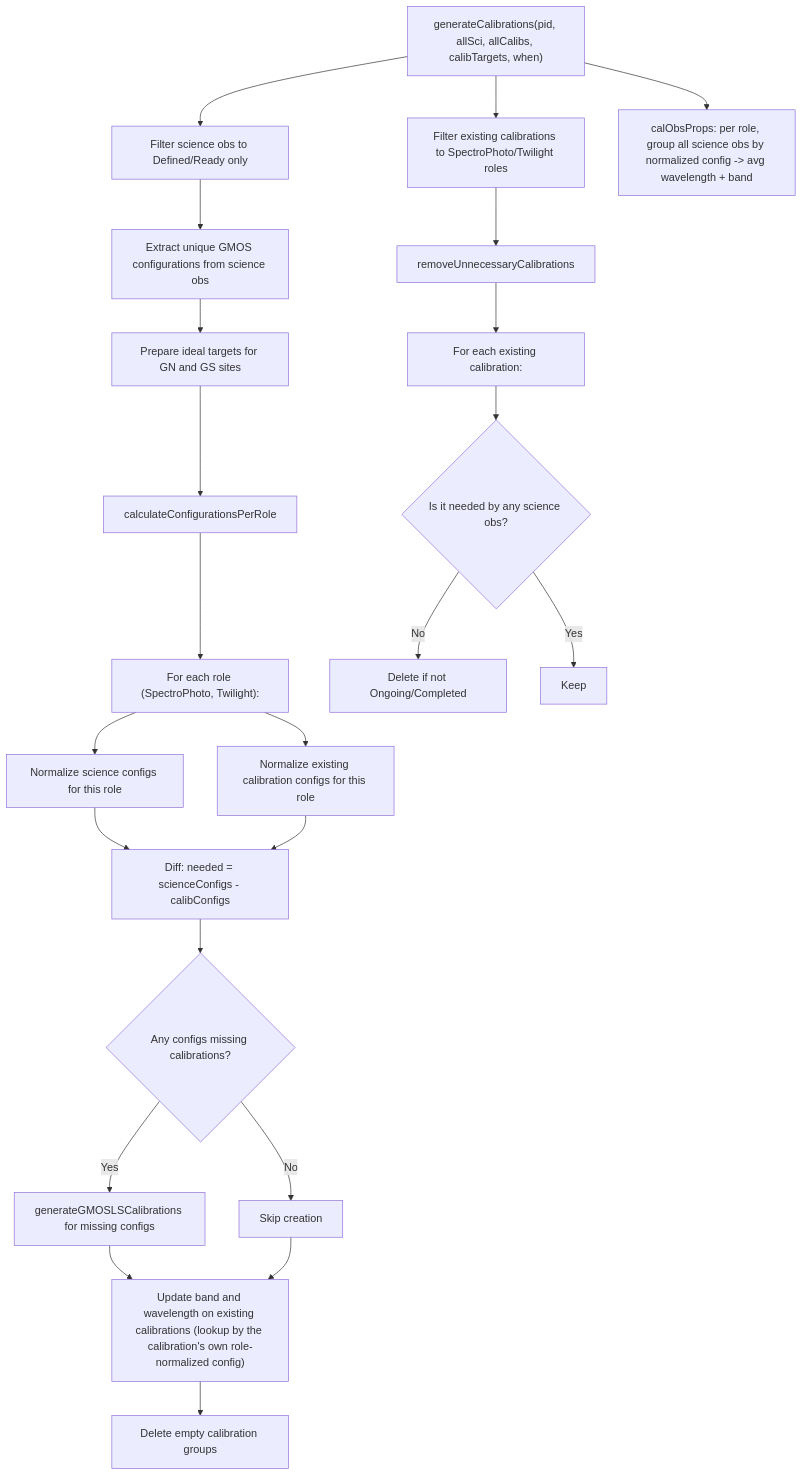
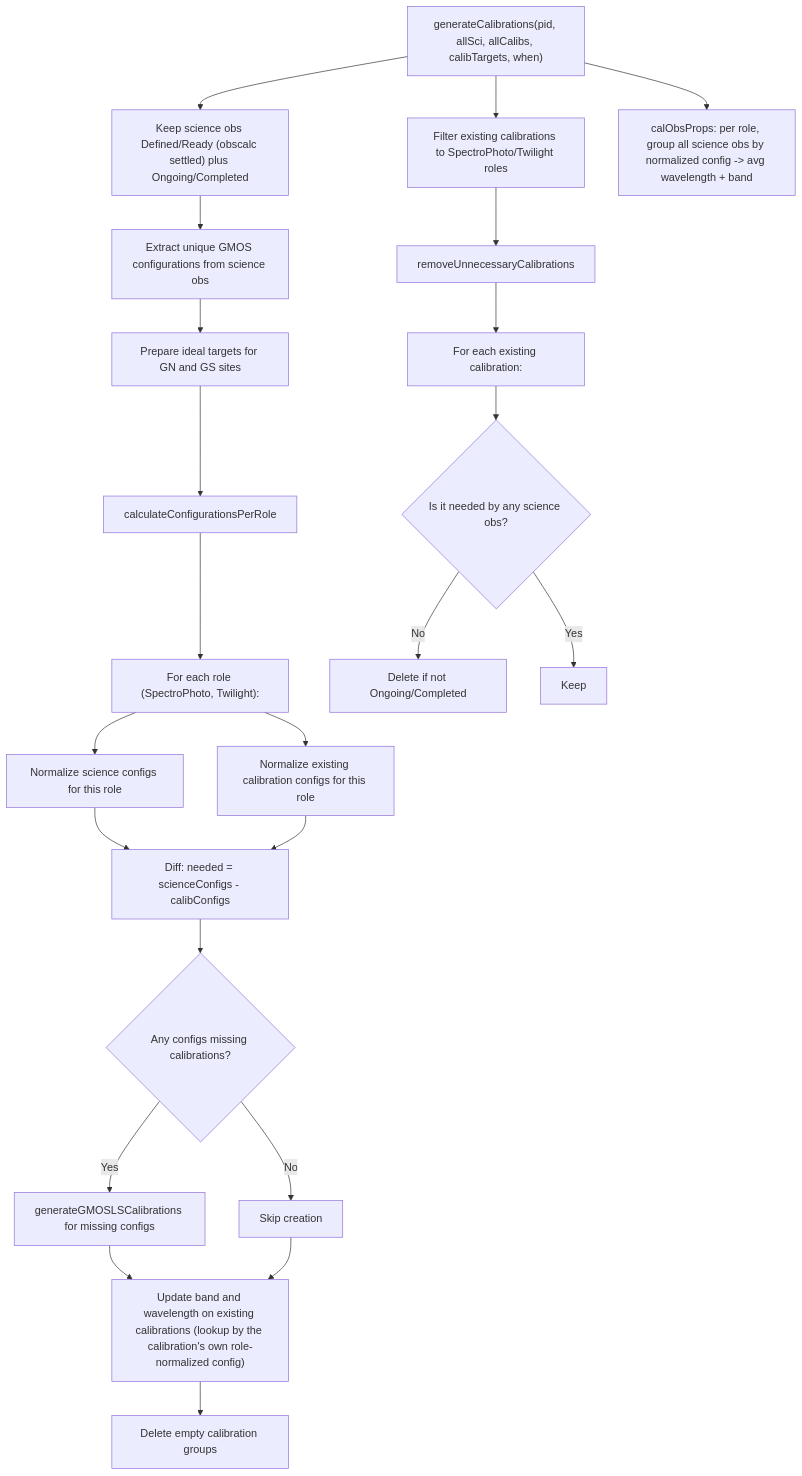
One commit to gemini-hlsw/lucuma-odb changed the sixth of 10 diagrams in modules/calibrations/calibration-generation-flow.md. Above: the diagram before and after it, drawn with Mermaid. The commit also changed other lines of this file and 3 other files, not shown here.

Commit message:
Include ongoing and completed science obs in GMOS calibration calculation

````diff
--- a/modules/calibrations/calibration-generation-flow.md
+++ b/modules/calibrations/calibration-generation-flow.md
@@ -239,30 +239,30 @@
 ```mermaid
 flowchart TD
     A["generateCalibrations(pid, allSci, allCalibs, calibTargets, when)"] --> B[Filter existing calibrations to SpectroPhoto/Twilight roles]
-    A --> C[Filter science obs to Defined/Ready only]
+    A --> C["Keep science obs Defined/Ready (obscalc settled) plus Ongoing/Completed"]
 
     C --> D[Extract unique GMOS configurations from science obs]
     D --> E[Prepare ideal targets for GN and GS sites]
     A --> D2["calObsProps: per role, group all science obs by normalized config -> avg wavelength + band"]
 
     E --> F[calculateConfigurationsPerRole]
     F --> G["For each role (SpectroPhoto, Twilight):"]
     G --> H[Normalize science configs for this role]
     G --> I[Normalize existing calibration configs for this role]
     H --> J["Diff: needed = scienceConfigs - calibConfigs"]
     I --> J
 
     J --> K{Any configs missing calibrations?}
     K -->|Yes| L[generateGMOSLSCalibrations for missing configs]
     K -->|No| M[Skip creation]
 
     B --> N[removeUnnecessaryCalibrations]
     N --> O[For each existing calibration:]
     O --> P{Is it needed by any science obs?}
     P -->|No| Q[Delete if not Ongoing/Completed]
     P -->|Yes| R[Keep]
 
     L --> S["Update band and wavelength on existing calibrations (lookup by the calibration's own role-normalized config)"]
     M --> S
     S --> T[Delete empty calibration groups]
 ```
````
